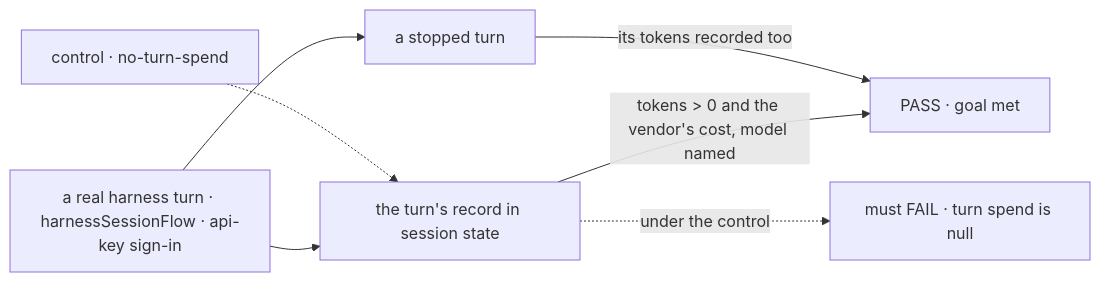
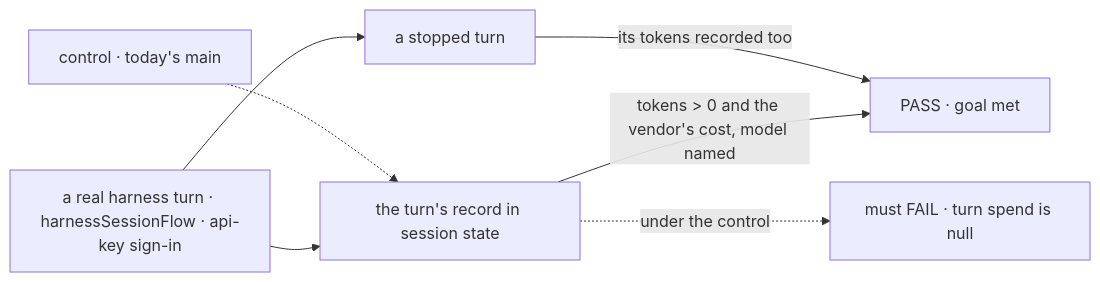
Before and after one commit to fixpoint-labs/flow-state-dev: the first of 2 diagrams in specs/issues/FIX-2398/SPEC.md, drawn with Mermaid. The commit also changed other lines of this file and 1 other file, not shown here.

First line of the commit message:
spec(FIX-2398): round 1 — the turn's spend is written inside the turn

````diff
--- a/specs/issues/FIX-2398/SPEC.md
+++ b/specs/issues/FIX-2398/SPEC.md
@@ -31,9 +31,9 @@
 ```mermaid
 flowchart LR
   I["a real harness turn · harnessSessionFlow · api-key sign-in"] --> T["the turn's record in session state"]
   T -->|"tokens > 0 and the vendor's cost, model named"| P["PASS · goal met"]
   I --> U["a stopped turn"]
   U -->|"its tokens recorded too"| P
-  C["control · no-turn-spend"] -.-> T
+  C["control · today's main"] -.-> T
   T -.->|"under the control"| F["must FAIL · turn spend is null"]
 ```
````
